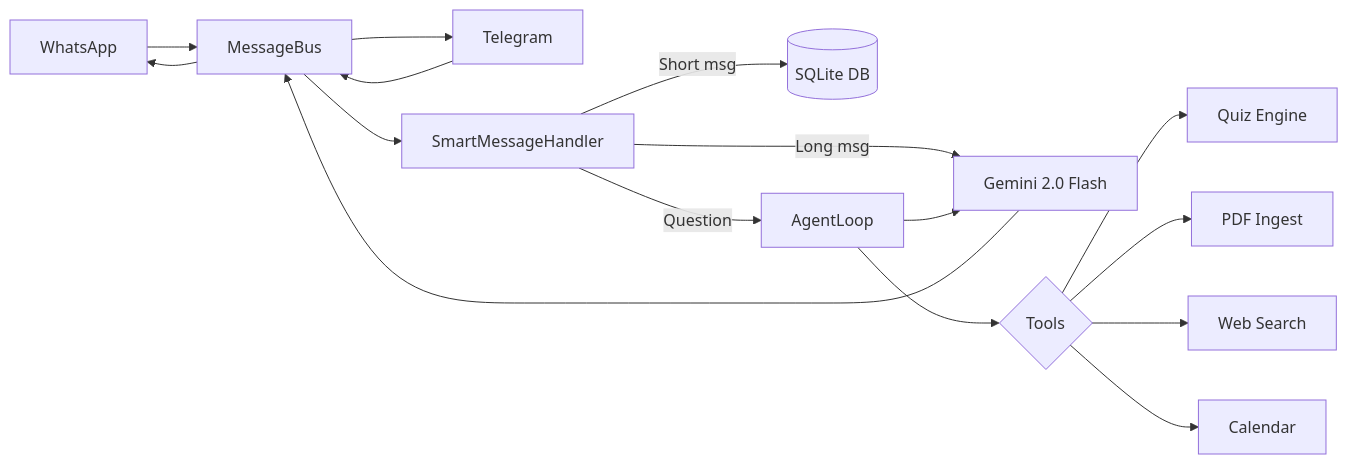
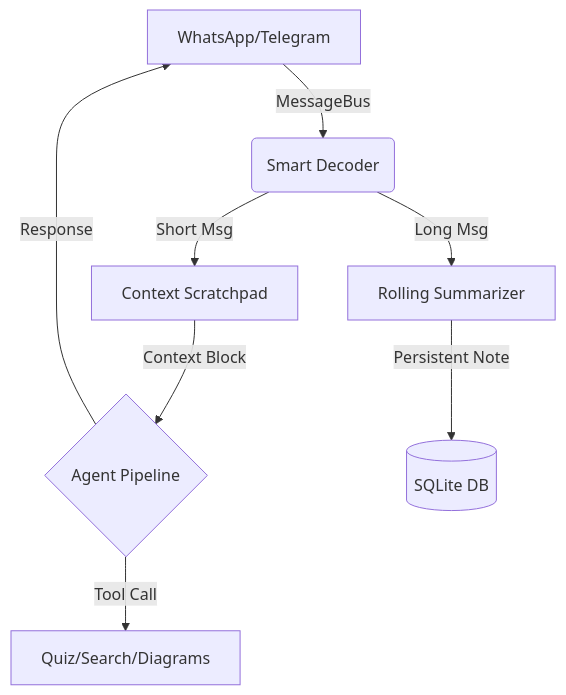
The diagram in README.md (roshan30-git/picoclaw-scholar), drawn with Mermaid before and after one commit. The commit also changed other lines of this file, not shown here.

````diff
--- a/README.md
+++ b/README.md
@@ -42,21 +42,10 @@
 ```mermaid
-graph LR
-    WA[WhatsApp] --> BUS[MessageBus]
-    TG[Telegram] --> BUS
-
-    BUS --> SMART[SmartMessageHandler]
-    SMART -->|Short msg| DB[(SQLite DB)]
-    SMART -->|Long msg| LLM[Gemini 2.0 Flash]
-    SMART -->|Question| AGENT[AgentLoop]
-
-    AGENT --> TOOLS{Tools}
-    TOOLS --> QUIZ[Quiz Engine]
-    TOOLS --> INGEST[PDF Ingest]
-    TOOLS --> SEARCH[Web Search]
-    TOOLS --> CALENDAR[Calendar]
-
-    AGENT --> LLM
-    LLM --> BUS
-    BUS --> WA
-    BUS --> TG
+graph TD
+    A[WhatsApp/Telegram] -->|MessageBus| B(Smart Decoder)
+    B -->|Short Msg| C[Context Scratchpad]
+    B -->|Long Msg| D[Rolling Summarizer]
+    C -->|Context Block| E{Agent Pipeline}
+    D -->|Persistent Note| F[(SQLite DB)]
+    E -->|Tool Call| G[Quiz/Search/Diagrams]
+    E -->|Response| A
 ```
````
